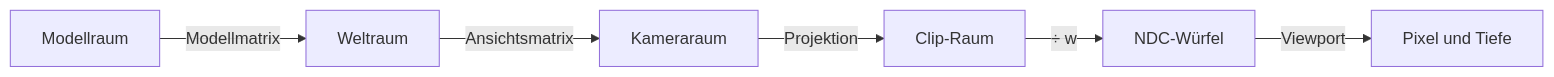
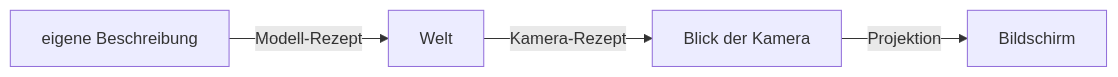
The first of 3 diagrams in kern/docs/buch-gruen/B-grundlagen-rendering.md (ChristianHohlfeld/kernengine.de), drawn with Mermaid before and after one commit. The commit also changed other lines of this file and 22 other files, not shown here.

````diff
--- a/kern/docs/buch-gruen/B-grundlagen-rendering.md
+++ b/kern/docs/buch-gruen/B-grundlagen-rendering.md
@@ -20,8 +71,6 @@
 ```mermaid
 flowchart LR
-  M["Modellraum"] -->|"Modellmatrix"| W["Weltraum"]
-  W -->|"Ansichtsmatrix"| K["Kameraraum"]
-  K -->|"Projektion"| C["Clip-Raum"]
-  C -->|"÷ w"| N["NDC-Würfel"]
-  N -->|"Viewport"| S["Pixel und Tiefe"]
+  M["eigene Beschreibung"] -->|"Modell-Rezept"| W["Welt"]
+  W -->|"Kamera-Rezept"| K["Blick der Kamera"]
+  K -->|"Projektion"| S["Bildschirm"]
 ```
````
